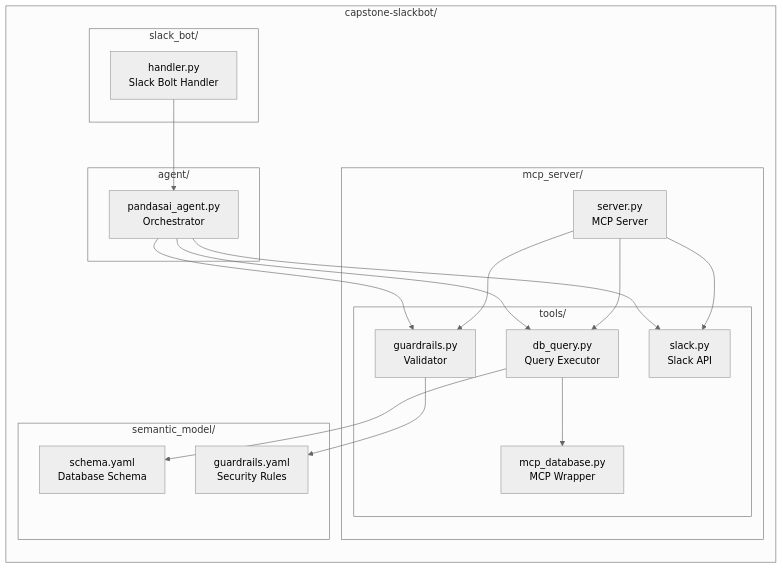
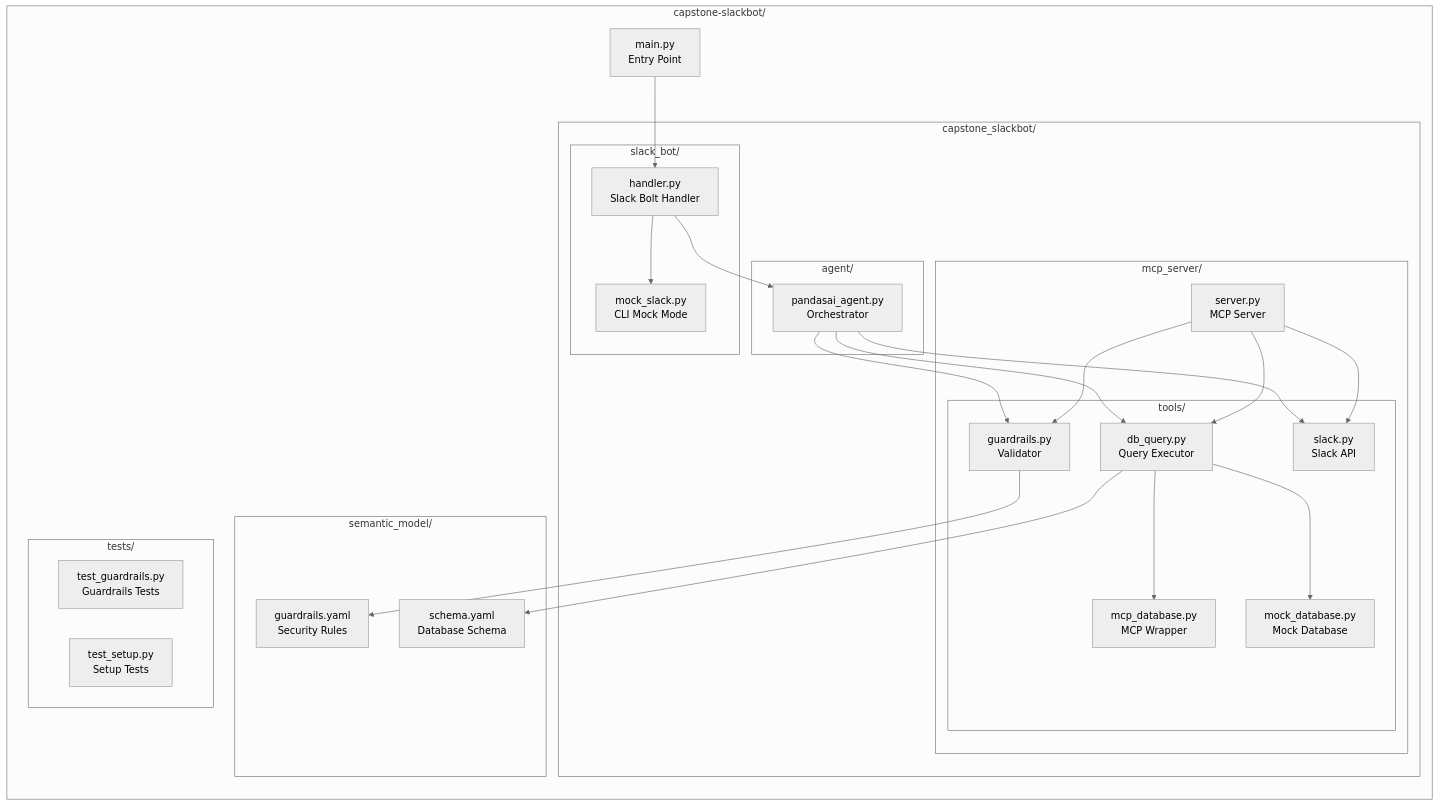
Before and after one commit to AgileCatalystDV/futureproofdscapstone: the third of 7 diagrams in capstone-slackbot/ARCHITECTURE.md, drawn with Mermaid (neutral theme). The commit also changed other lines of this file and 1 other file, not shown here.

First line of the commit message:
Update architecture documentation and improve PandasAI error handling

````diff
--- a/capstone-slackbot/ARCHITECTURE.md
+++ b/capstone-slackbot/ARCHITECTURE.md
@@ -90,38 +107,52 @@
 ```mermaid
 graph LR
     subgraph "capstone-slackbot/"
-        subgraph "slack_bot/"
-            Handler[handler.py<br/>Slack Bolt Handler]
-        end
+        Main[main.py<br/>Entry Point]
         
-        subgraph "agent/"
-            PandaAgent[pandasai_agent.py<br/>Orchestrator]
-        end
-        
-        subgraph "mcp_server/"
-            MCPServer[server.py<br/>MCP Server]
-            subgraph "tools/"
-                GuardrailsTool[guardrails.py<br/>Validator]
-                DBQueryTool[db_query.py<br/>Query Executor]
-                MCPDBTool[mcp_database.py<br/>MCP Wrapper]
-                SlackTool[slack.py<br/>Slack API]
+        subgraph "capstone_slackbot/"
+            subgraph "slack_bot/"
+                Handler[handler.py<br/>Slack Bolt Handler]
+                MockSlack[mock_slack.py<br/>CLI Mock Mode]
+            end
+            
+            subgraph "agent/"
+                PandaAgent[pandasai_agent.py<br/>Orchestrator]
+            end
+            
+            subgraph "mcp_server/"
+                MCPServer[server.py<br/>MCP Server]
+                subgraph "tools/"
+                    GuardrailsTool[guardrails.py<br/>Validator]
+                    DBQueryTool[db_query.py<br/>Query Executor]
+                    MCPDBTool[mcp_database.py<br/>MCP Wrapper]
+                    MockDB[mock_database.py<br/>Mock Database]
+                    SlackTool[slack.py<br/>Slack API]
+                end
             end
         end
         
         subgraph "semantic_model/"
             Schema[schema.yaml<br/>Database Schema]
             GuardrailsYAML[guardrails.yaml<br/>Security Rules]
         end
+        
+        subgraph "tests/"
+            TestGuardrails[test_guardrails.py<br/>Guardrails Tests]
+            TestSetup[test_setup.py<br/>Setup Tests]
+        end
     end
     
+    Main --> Handler
+    Handler --> MockSlack
     Handler --> PandaAgent
     PandaAgent --> GuardrailsTool
     PandaAgent --> DBQueryTool
     PandaAgent --> SlackTool
     DBQueryTool --> MCPDBTool
+    DBQueryTool --> MockDB
     GuardrailsTool --> GuardrailsYAML
     DBQueryTool --> Schema
     MCPServer --> GuardrailsTool
     MCPServer --> DBQueryTool
     MCPServer --> SlackTool
 ```
````
